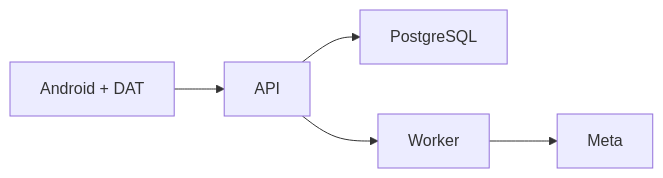
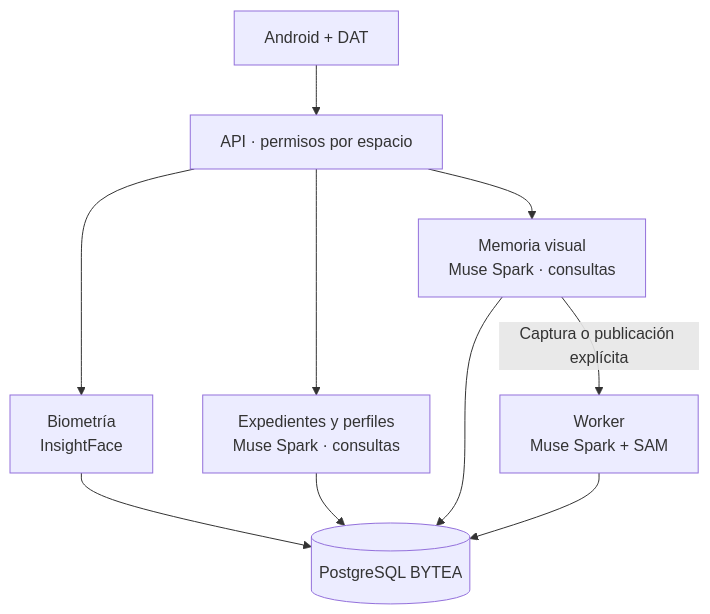
The diagram in docs/ARCHITECTURE.es.md (Luxisoft/realityos-spatial-memory), drawn with Mermaid before and after one commit. The commit also changed other lines of this file and 5 other files, not shown here.

````diff
--- a/docs/ARCHITECTURE.es.md
+++ b/docs/ARCHITECTURE.es.md
@@ -18,6 +19,12 @@
 ```mermaid
-flowchart LR
-    N0["Android + DAT"] --> N1["API"] --> N2["PostgreSQL"]
-    N1["API"] --> N3["Worker"]
-    N3["Worker"] --> N4["Meta"]
+flowchart TB
+    A["Android + DAT"] --> B["API · permisos por espacio"]
+    B --> C["Biometría<br/>InsightFace"]
+    B --> D["Expedientes y perfiles<br/>Muse Spark · consultas"]
+    B --> E["Memoria visual<br/>Muse Spark · consultas"]
+    C --> F[(PostgreSQL BYTEA)]
+    D --> F
+    E --> F
+    E -->|Captura o publicación explícita| G["Worker<br/>Muse Spark + SAM"]
+    G --> F
 ```
````
